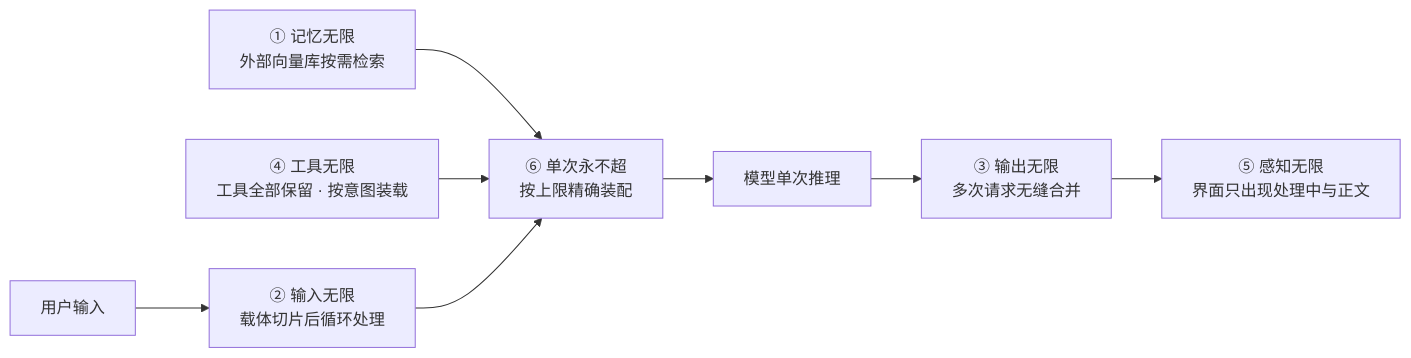
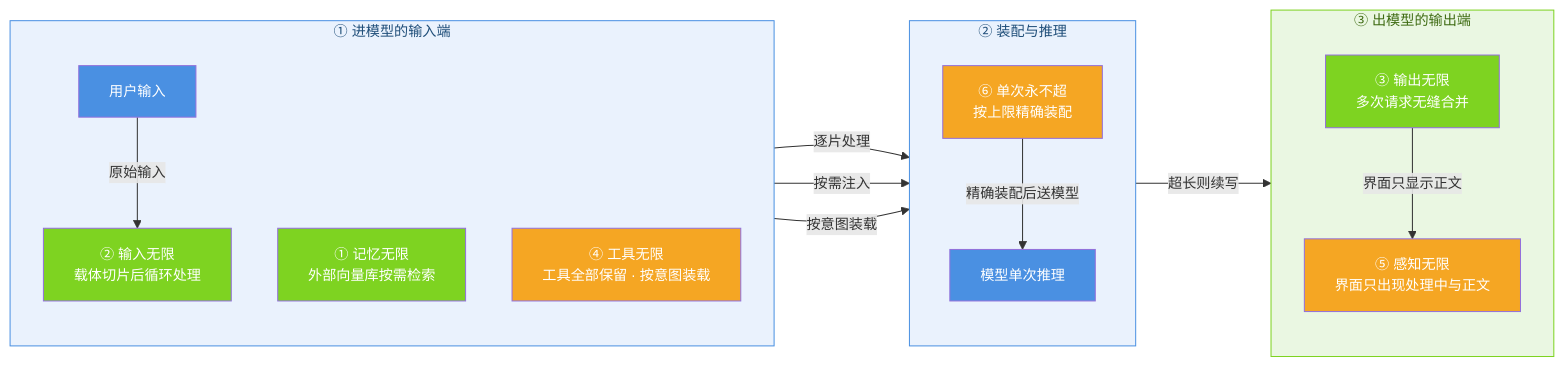
Before and after one commit to jiangchuangege/xiaojiao-harnees: the second of 2 diagrams in docs/about.md, drawn with Mermaid. The commit also changed other lines of this file and 30 other files, not shown here.

First line of the commit message:
﻿全仓 Mermaid 图统一 + 对比表与 License 修正

````diff
--- a/docs/about.md
+++ b/docs/about.md
@@ -112,10 +119,42 @@
 ```mermaid
 flowchart LR
-    U["用户输入"] --> S["② 输入无限<br/>载体切片后循环处理"]
-    MEM["① 记忆无限<br/>外部向量库按需检索"] --> ASM["⑥ 单次永不超<br/>按上限精确装配"]
-    TOOL["④ 工具无限<br/>工具全部保留 · 按意图装载"] --> ASM
-    S --> ASM
-    ASM --> MDL["模型单次推理"]
-    MDL --> CT["③ 输出无限<br/>多次请求无缝合并"]
-    CT --> V["⑤ 感知无限<br/>界面只出现处理中与正文"]
+%%{init: {"themeVariables": {"fontSize": "14px"}, "flowchart": {"htmlLabels": true, "wrappingWidth": 340, "nodeSpacing": 46, "rankSpacing": 64, "useMaxWidth": true}}}%%
+    subgraph IN["① 进模型的输入端"]
+        direction TB
+        U["用户输入"]
+        S["② 输入无限<br/>载体切片后循环处理"]
+        MEM["① 记忆无限<br/>外部向量库按需检索"]
+        TOOL["④ 工具无限<br/>工具全部保留 · 按意图装载"]
+        U -->|"原始输入"| S
+    end
+
+    subgraph ASM_G["② 装配与推理"]
+        direction TB
+        ASM["⑥ 单次永不超<br/>按上限精确装配"]
+        MDL["模型单次推理"]
+        ASM -->|"精确装配后送模型"| MDL
+    end
+
+    subgraph OUT_G["③ 出模型的输出端"]
+        direction TB
+        CT["③ 输出无限<br/>多次请求无缝合并"]
+        V["⑤ 感知无限<br/>界面只出现处理中与正文"]
+        CT -->|"界面只显示正文"| V
+    end
+
+    S -->|"逐片处理"| ASM
+    MEM -->|"按需注入"| ASM
+    TOOL -->|"按意图装载"| ASM
+    MDL -->|"超长则续写"| CT
+    style IN fill:#EAF2FD,stroke:#4A90E2,color:#1F4E79
+    style ASM_G fill:#EAF2FD,stroke:#4A90E2,color:#1F4E79
+    style OUT_G fill:#EAF7E2,stroke:#7ED321,color:#3E6B12
+    style U fill:#4A90E2,color:#fff
+    style MDL fill:#4A90E2,color:#fff
+    style S fill:#7ED321,color:#fff
+    style MEM fill:#7ED321,color:#fff
+    style CT fill:#7ED321,color:#fff
+    style TOOL fill:#F5A623,color:#fff
+    style ASM fill:#F5A623,color:#fff
+    style V fill:#F5A623,color:#fff
 ```
````
